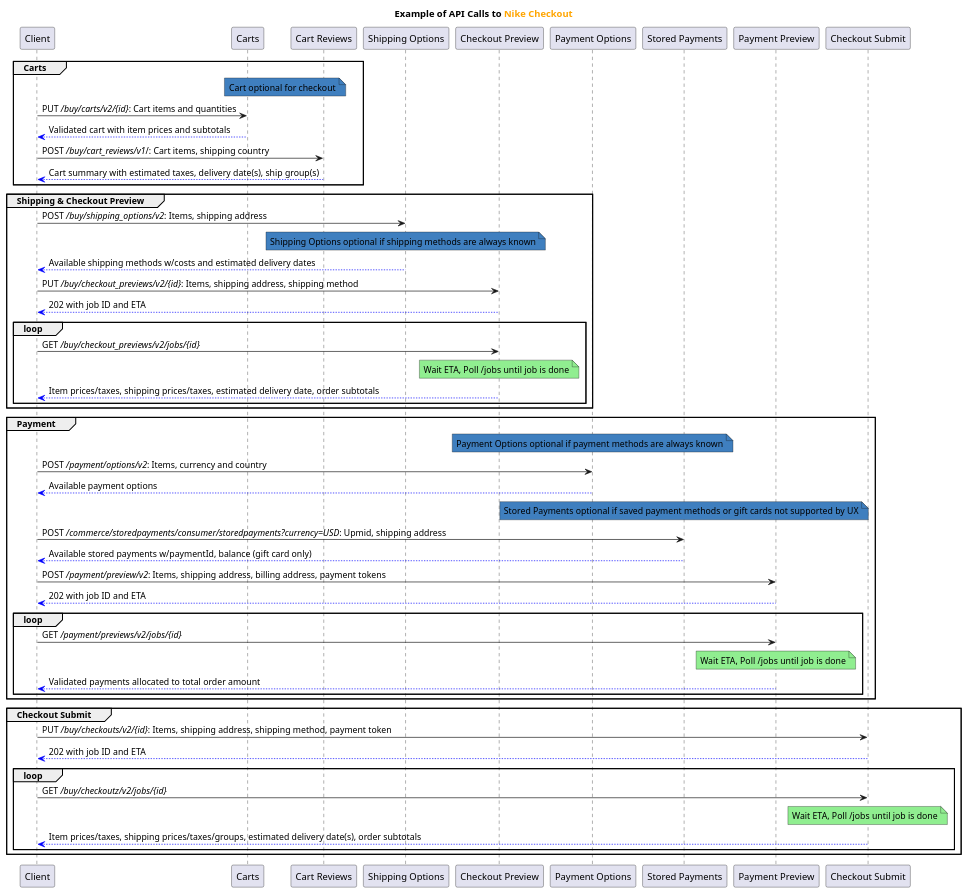
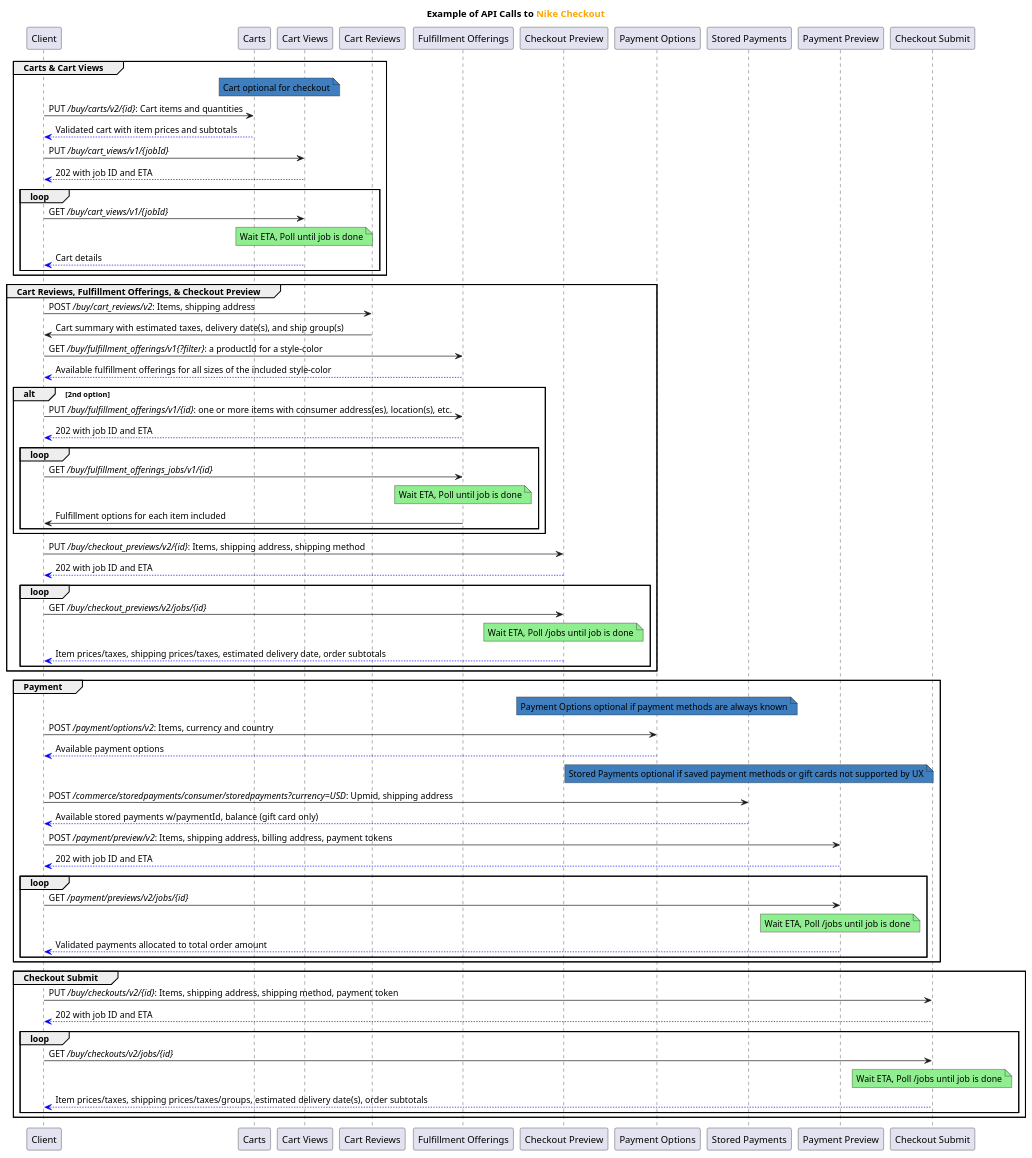
Before and after one commit to benfrick/docs-portfolio: the diagram in images/source-files/Checkout.puml, drawn with PlantUML. The commit also changed 4 other files, not shown here.

Commit message:
APID-716: Checkout: Document Cart Views Service - Added Cart Views content to use-carts.md - Moved Cart Reviews v1/v2 content to use-checkout.md - Updated overview-checkout.md accordingly - Updated checkout sequence diagram

```diff
--- a/images/source-files/Checkout.puml
+++ b/images/source-files/Checkout.puml
@@ -1,65 +1,83 @@
 @startuml
 title Example of API Calls to <font color =orange>Nike Checkout</font>
 
 participant Client
 participant Carts
+participant "Cart Views"
 participant "Cart Reviews"
-participant "Shipping Options"
+participant "Fulfillment Offerings"
 participant "Checkout Preview"
 participant "Payment Options"
 participant "Stored Payments"
 participant "Payment Preview"
 participant "Checkout Submit"
 
-group Carts
-note over Carts, "Cart Reviews" #3F7FBF: Cart optional for checkout
+group Carts & Cart Views
+note over Carts, "Cart Views" #3F7FBF: Cart optional for checkout
 Client->Carts: PUT ///buy/carts/v2/{id}//: Cart items and quantities
 Carts-[#blue]->Client: Validated cart with item prices and subtotals
 
-Client->"Cart Reviews": POST ///buy/cart_reviews/v1///: Cart items, shipping country
-"Cart Reviews"-[#blue]->Client: Cart summary with estimated taxes, delivery date(s), ship group(s)
+Client->"Cart Views": PUT ///buy/cart_views/v1/{jobId}//
+"Cart Views"-[#blue]->Client: 202 with job ID and ETA
+loop
+Client->"Cart Views": GET ///buy/cart_views/v1/{jobId}//
+note over "Cart Views" #lightgreen: Wait ETA, Poll until job is done
+"Cart Views"-[#blue]->Client: Cart details
+end loop
 end
 
-group Shipping & Checkout Preview
+group Cart Reviews, Fulfillment Offerings, & Checkout Preview
 
-Client->"Shipping Options": POST ///buy/shipping_options/v2//: Items, shipping address
-note over "Shipping Options" #3F7FBF: Shipping Options optional if shipping methods are always known
-"Shipping Options"-[#blue]->Client: Available shipping methods w/costs and estimated delivery dates
+Client-> "Cart Reviews": POST ///buy/cart_reviews/v2//: Items, shipping address
+"Cart Reviews"->Client: Cart summary with estimated taxes, delivery date(s), and ship group(s)
+
+Client->"Fulfillment Offerings": GET ///buy/fulfillment_offerings/v1{?filter}//: a productId for a style-color
+"Fulfillment Offerings"-[#blue]->Client: Available fulfillment offerings for all sizes of the included style-color
+
+    alt 2nd option
+        Client->"Fulfillment Offerings": PUT ///buy/fulfillment_offerings/v1/{id}//: one or more items with consumer address(es), location(s), etc.
+        "Fulfillment Offerings"-[#blue]->Client: 202 with job ID and ETA
+        loop
+        Client->"Fulfillment Offerings": GET ///buy/fulfillment_offerings_jobs/v1/{id}//
+        note over "Fulfillment Offerings" #lightgreen: Wait ETA, Poll until job is done
+        "Fulfillment Offerings"->Client: Fulfillment options for each item included
+        end loop
+    end
 
 Client->"Checkout Preview": PUT ///buy/checkout_previews/v2/{id}//: Items, shipping address, shipping method
 "Checkout Preview"-[#blue]->Client: 202 with job ID and ETA
 loop
 Client->"Checkout Preview": GET ///buy/checkout_previews/v2/jobs/{id}//
 note over "Checkout Preview" #lightgreen: Wait ETA, Poll /jobs until job is done
 "Checkout Preview"-[#blue]->Client: Item prices/taxes, shipping prices/taxes, estimated delivery date, order subtotals
 end loop
 end
 
 group Payment
 note over "Payment Options" #3F7FBF: Payment Options optional if payment methods are always known
 Client->"Payment Options": POST ///payment/options/v2//: Items, currency and country
 "Payment Options"-[#blue]->Client: Available payment options
 note over "Stored Payments" #3F7FBF: Stored Payments optional if saved payment methods or gift cards not supported by UX
 Client->"Stored Payments": POST ///commerce/storedpayments/consumer/storedpayments?currency=USD//: Upmid, shipping address
 "Stored Payments"-[#blue]->Client: Available stored payments w/paymentId, balance (gift card only)
 
 Client->"Payment Preview": POST ///payment/preview/v2//: Items, shipping address, billing address, payment tokens
 "Payment Preview"-[#blue]->Client: 202 with job ID and ETA
 loop
 Client->"Payment Preview": GET ///payment/previews/v2/jobs/{id}//
 note over "Payment Preview" #lightgreen: Wait ETA, Poll /jobs until job is done
 "Payment Preview"-[#blue]->Client: Validated payments allocated to total order amount
 end loop
 end
 
 group Checkout Submit
 Client->"Checkout Submit": PUT ///buy/checkouts/v2/{id}//: Items, shipping address, shipping method, payment token
 "Checkout Submit"-[#blue]->Client: 202 with job ID and ETA
 loop
-Client->"Checkout Submit": GET ///buy/checkoutz/v2/jobs/{id}//
+Client->"Checkout Submit": GET ///buy/checkouts/v2/jobs/{id}//
 note over "Checkout Submit" #lightgreen: Wait ETA, Poll /jobs until job is done
 "Checkout Submit"-[#blue]->Client: Item prices/taxes, shipping prices/taxes/groups, estimated delivery date(s), order subtotals
 end loop
 end
 
 @enduml
```
